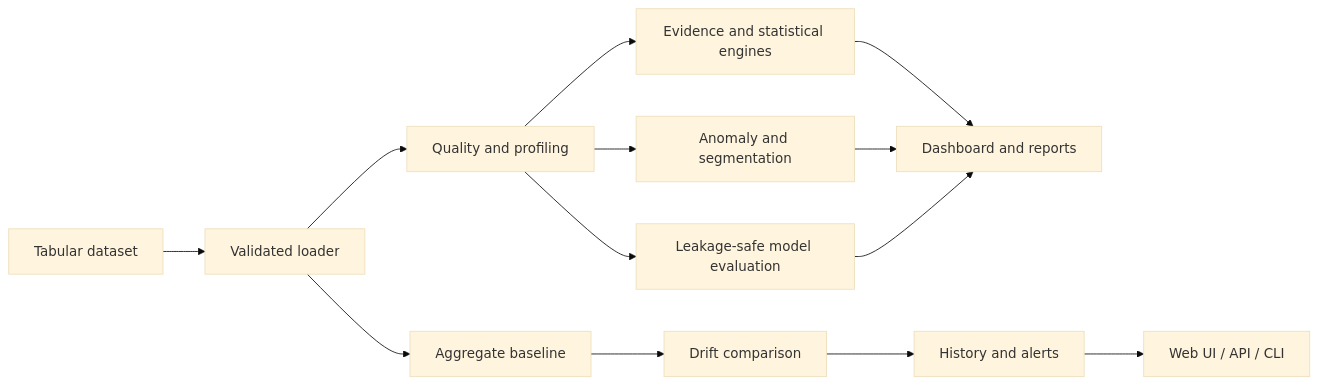
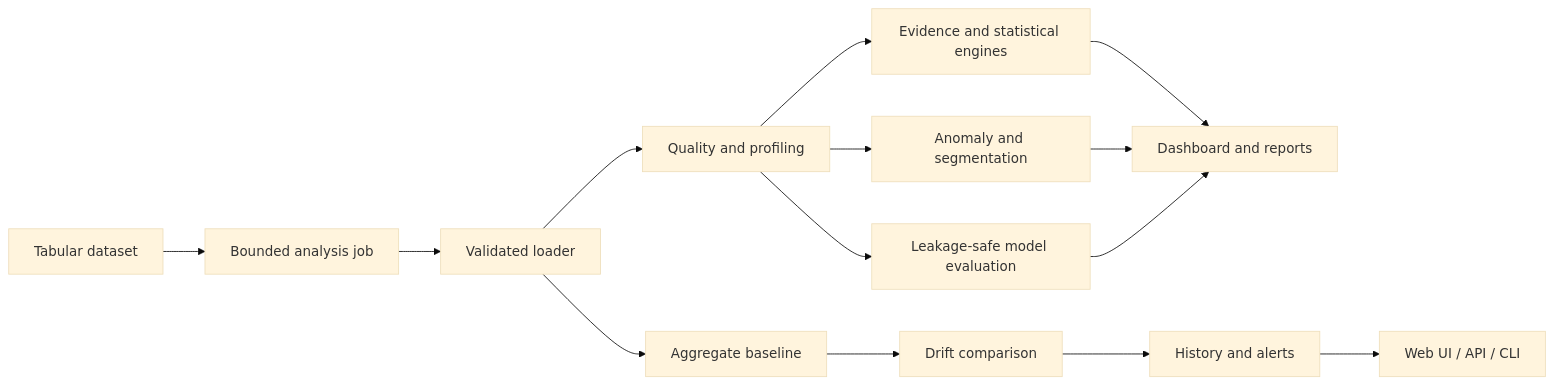
One commit to NikitaMarshchonok/data-prism changed the diagram in README.md. Above: the diagram before and after it, drawn with Mermaid (base theme). The commit also changed other lines of this file and 14 other files, not shown here.

````diff
--- a/README.md
+++ b/README.md
@@ -30,15 +30,16 @@
 ```mermaid
 flowchart LR
-    A[Tabular dataset] --> B[Validated loader]
+    A[Tabular dataset] --> Q[Bounded analysis job]
+    Q --> B[Validated loader]
     B --> C[Quality and profiling]
     C --> D[Evidence and statistical engines]
     C --> E[Anomaly and segmentation]
     C --> F[Leakage-safe model evaluation]
     D --> G[Dashboard and reports]
     E --> G
     F --> G
     B --> H[Aggregate baseline]
     H --> I[Drift comparison]
     I --> J[History and alerts]
     J --> K[Web UI / API / CLI]
 ```
````
